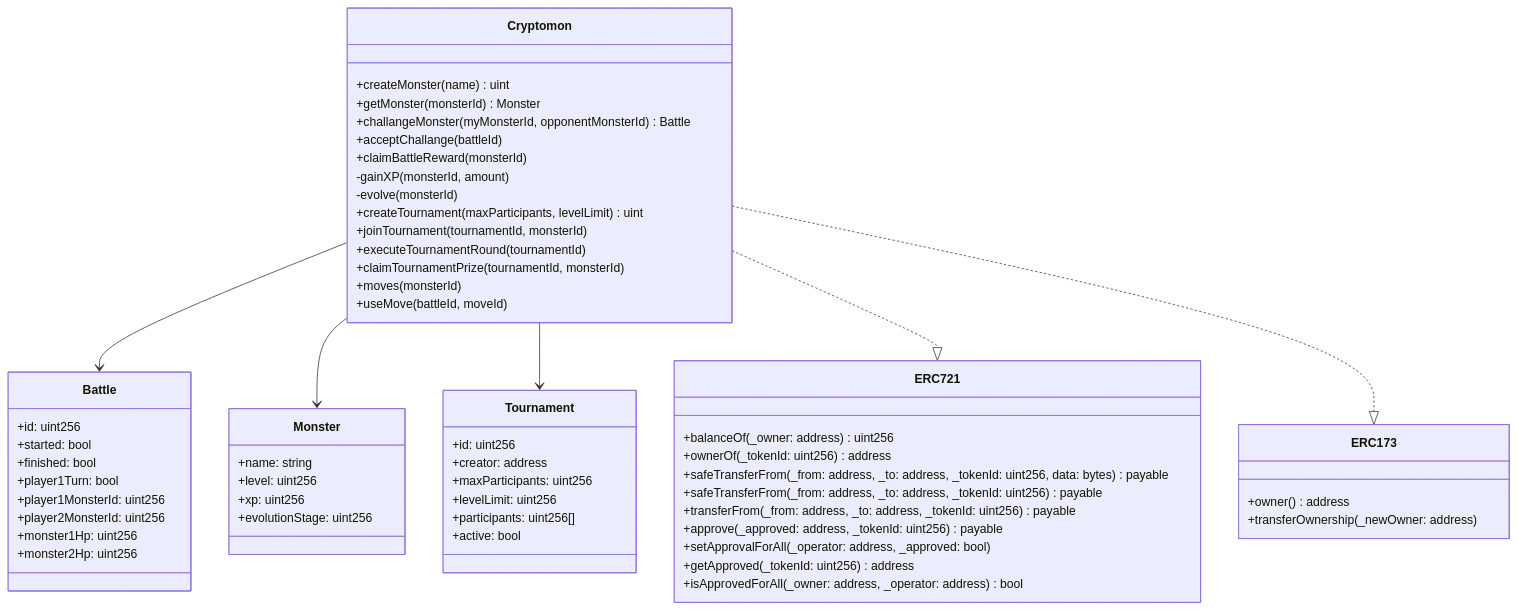
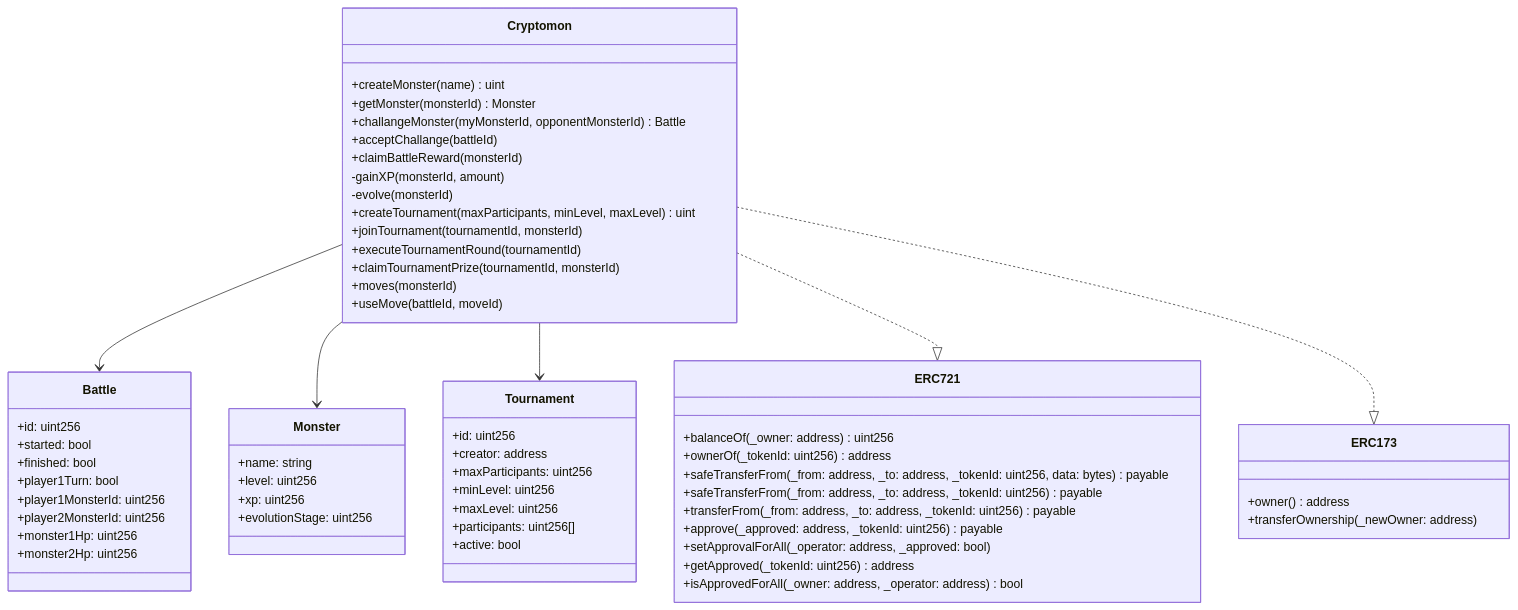
The first of 3 diagrams in cryptomon.md (ftsrg-bta/assignment-specs-2026-tmp), drawn with Mermaid before and after one commit. The commit also changed other lines of this file, not shown here.

Commit message:
add maxLevel twist to cryptomon

````diff
--- a/cryptomon.md
+++ b/cryptomon.md
@@ -60,69 +60,70 @@
 ```mermaid
 classDiagram
 
 class ERC721 {
   +balanceOf(_owner: address) uint256
   +ownerOf(_tokenId: uint256) address
   +safeTransferFrom(_from: address, _to: address, _tokenId: uint256, data: bytes) payable
   +safeTransferFrom(_from: address, _to: address, _tokenId: uint256) payable
   +transferFrom(_from: address, _to: address, _tokenId: uint256) payable
   +approve(_approved: address, _tokenId: uint256) payable
   +setApprovalForAll(_operator: address, _approved: bool)
   +getApproved(_tokenId: uint256) address
   +isApprovedForAll(_owner: address, _operator: address) bool
 }
 
 class ERC173 {
   +owner() address
   +transferOwnership(_newOwner: address)
 }
 
 class Cryptomon {
   +createMonster(name) uint
   +getMonster(monsterId) Monster
   +challangeMonster(myMonsterId, opponentMonsterId) Battle
   +acceptChallange(battleId)
   +claimBattleReward(monsterId)
   -gainXP(monsterId, amount)
   -evolve(monsterId)
-  +createTournament(maxParticipants, levelLimit) uint
+  +createTournament(maxParticipants, minLevel, maxLevel) uint
   +joinTournament(tournamentId, monsterId)
   +executeTournamentRound(tournamentId)
   +claimTournamentPrize(tournamentId, monsterId)
   +moves(monsterId)
   +useMove(battleId, moveId)
 }
 
 class Monster {
   +name: string
   +level: uint256
   +xp: uint256
   +evolutionStage: uint256
 }
 
 class Tournament {
   +id: uint256
   +creator: address
   +maxParticipants: uint256
-  +levelLimit: uint256
+  +minLevel: uint256
+  +maxLevel: uint256
   +participants: uint256[]
   +active: bool
 }
 
 class Battle {
   +id: uint256
   +started: bool
   +finished: bool
   +player1Turn: bool
   +player1MonsterId: uint256
   +player2MonsterId: uint256
   +monster1Hp: uint256
   +monster2Hp: uint256
 }
 
 Cryptomon --> Battle
 Cryptomon --> Monster
 Cryptomon --> Tournament
 Cryptomon ..|> ERC721
 Cryptomon ..|> ERC173
 ```
````
